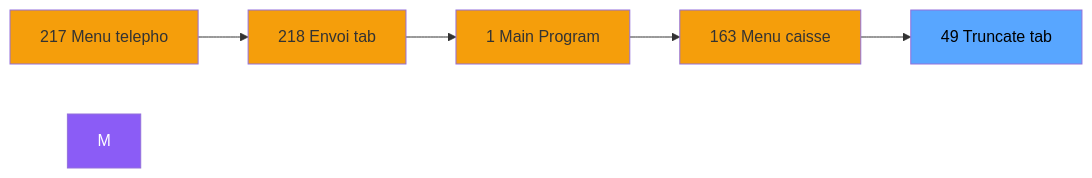
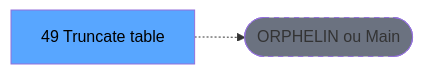
One commit to thonyAGP/lecteur-magic changed the second of 3 diagrams in .openspec/specs/ADH-IDE-49.md. Above: the diagram before and after it, drawn with Mermaid. The commit also changed other lines of this file and 701 other files, not shown here.

````diff
--- a/.openspec/specs/ADH-IDE-49.md
+++ b/.openspec/specs/ADH-IDE-49.md
@@ -105,18 +117,8 @@
 ```mermaid
 graph LR
-    N217[217 Menu telepho]
-    N218[218    Envoi tab]
-    N1[1 Main Program]
-    N163[163 Menu caisse ]
-    T[49 Truncate tab]
-    N217 --> N218
-    N218 --> N1
-    N1 --> N163
-    N163 --> T
-    style M fill:#8b5cf6,color:#fff
-    style N217 fill:#f59e0b
-    style N218 fill:#f59e0b
-    style N1 fill:#f59e0b
-    style N163 fill:#f59e0b
+    T[49 Truncate table ]
+    ORPHAN([ORPHELIN ou Main])
+    T -.-> ORPHAN
     style T fill:#58a6ff,color:#000
+    style ORPHAN fill:#6b7280,stroke-dasharray: 5 5
 ```
````
